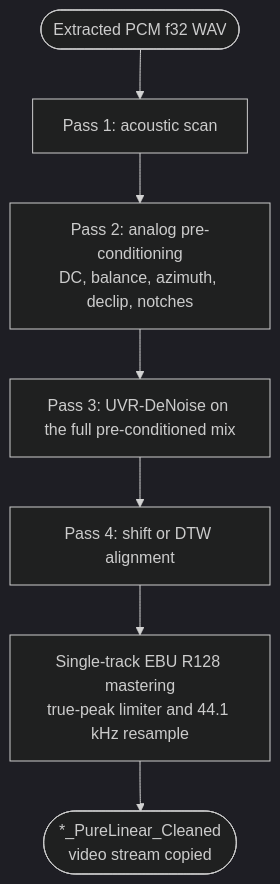
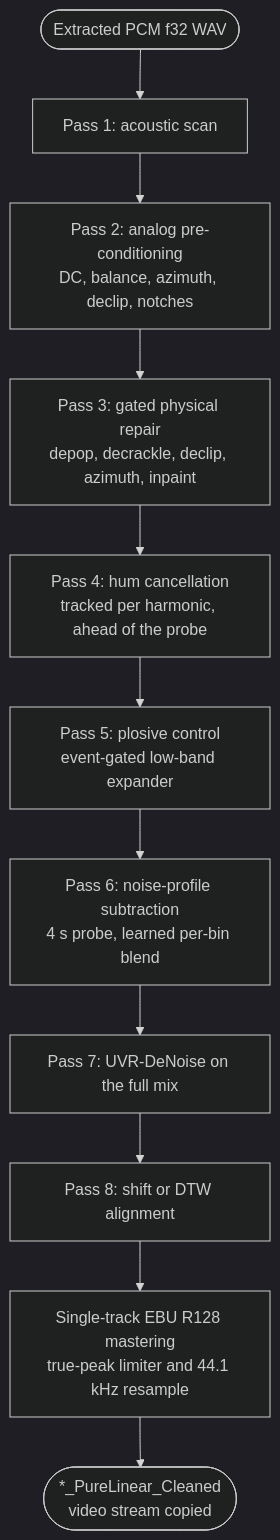
One commit to ventura8/AI-Hybrid-VHS-Audio-Restorer changed the sixth of 13 diagrams in docs/architecture.md. Above: the diagram before and after it, drawn with Mermaid (dark theme). The commit also changed other lines of this file and 73 other files, not shown here.

````diff
--- a/docs/architecture.md
+++ b/docs/architecture.md
@@ -246,9 +246,13 @@
 ```mermaid
 flowchart TD
     A(["Extracted PCM f32 WAV"]) --> S["Pass 1: acoustic scan"]
     S --> P["Pass 2: analog pre-conditioning\nDC, balance, azimuth, declip, notches"]
-    P --> D["Pass 3: UVR-DeNoise on the full pre-conditioned mix"]
-    D --> Y["Pass 4: shift or DTW alignment"]
+    P --> R["Pass 3: gated physical repair\ndepop, decrackle, declip, azimuth, inpaint"]
+    R --> H["Pass 4: hum cancellation\ntracked per harmonic, ahead of the probe"]
+    H --> B["Pass 5: plosive control\nevent-gated low-band expander"]
+    B --> N["Pass 6: noise-profile subtraction\n4 s probe, learned per-bin blend"]
+    N --> D["Pass 7: UVR-DeNoise on the full mix"]
+    D --> Y["Pass 8: shift or DTW alignment"]
     Y --> M["Single-track EBU R128 mastering\ntrue-peak limiter and 44.1 kHz resample"]
     M --> O(["*_PureLinear_Cleaned\nvideo stream copied"])
 ```
````
